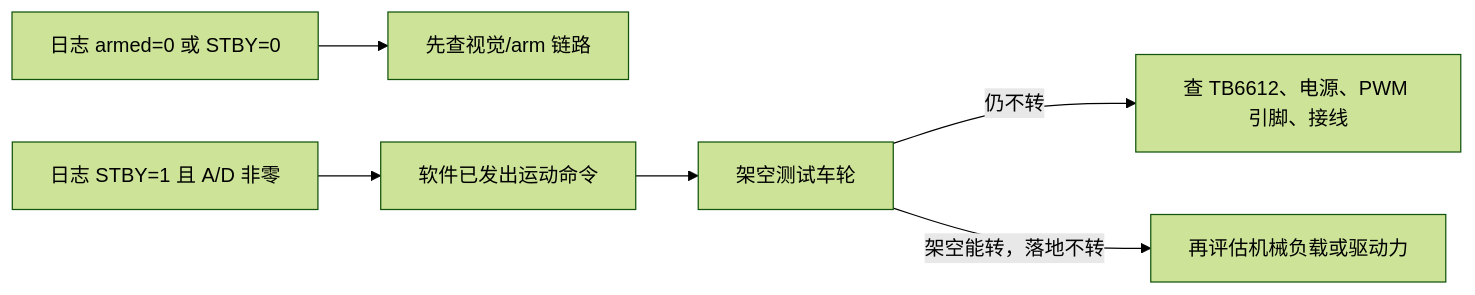
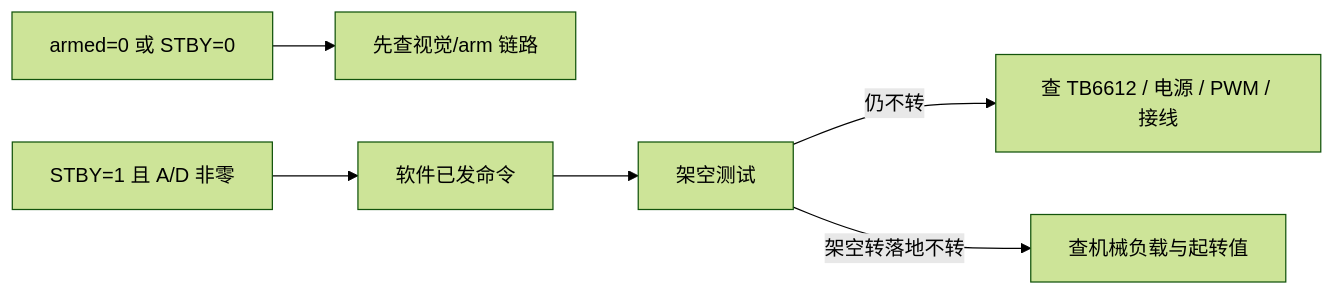
The seventh of 7 diagrams in esp-projects/camera-test/LINE_FOLLOW_FLOW.md (cyk579/vscode-esp32s3_testcode), drawn with Mermaid (forest theme) before and after one commit. The commit also changed other lines of this file and 2 other files, not shown here.

First line of the commit message:
docs(camera): rewrite the line-follow flow for the new architecture

````diff
--- a/esp-projects/camera-test/LINE_FOLLOW_FLOW.md
+++ b/esp-projects/camera-test/LINE_FOLLOW_FLOW.md
@@ -113,8 +173,8 @@
 ```mermaid
 flowchart LR
-    A[日志 armed=0 或 STBY=0] --> B[先查视觉/arm 链路]
-    C[日志 STBY=1 且 A/D 非零] --> D[软件已发出运动命令]
-    D --> E[架空测试车轮]
-    E -->|仍不转| F[查 TB6612、电源、PWM 引脚、接线]
-    E -->|架空能转，落地不转| G[再评估机械负载或驱动力]
+    A[armed=0 或 STBY=0] --> B[先查视觉/arm 链路]
+    C[STBY=1 且 A/D 非零] --> D[软件已发命令]
+    D --> E[架空测试]
+    E -->|仍不转| F[查 TB6612 / 电源 / PWM / 接线]
+    E -->|架空转落地不转| G[查机械负载与起转值]
 ```
````
